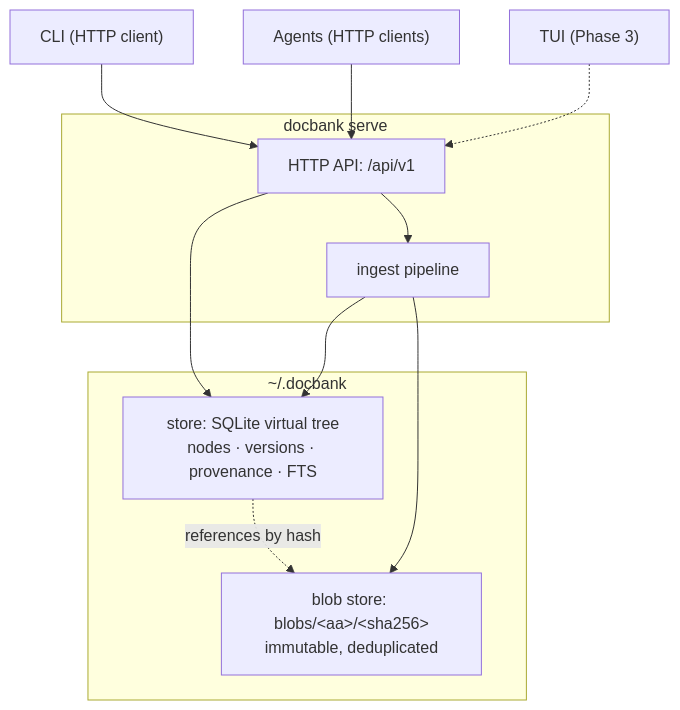
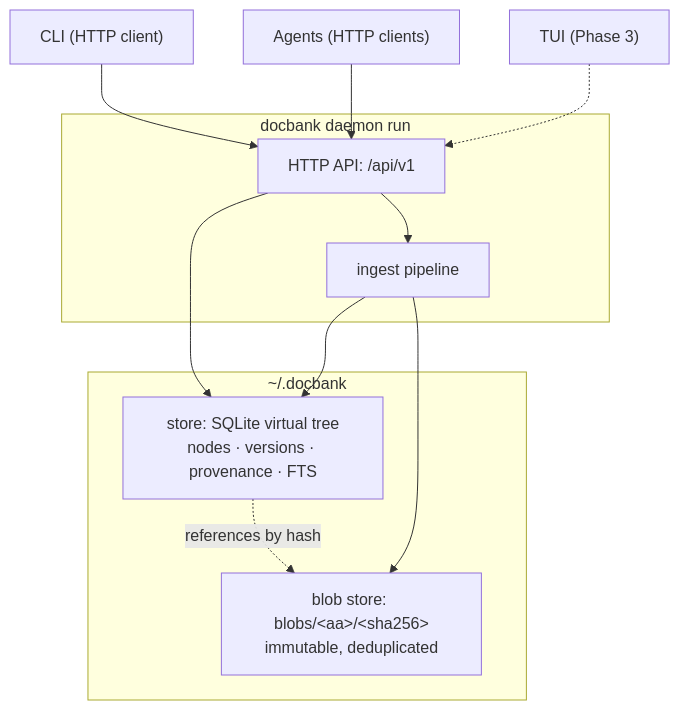
One commit to kenn-io/docbank changed the diagram in docs/architecture/overview.md. Above: the diagram before and after it, drawn with Mermaid. The commit also changed other lines of this file and 20 other files, not shown here.

First line of the commit message:
Reshape daemon CLI from serve-rooted to daemon subcommand pattern

````diff
--- a/docs/architecture/overview.md
+++ b/docs/architecture/overview.md
@@ -15,22 +15,22 @@
 ```mermaid
 flowchart TD
     CLI["CLI (HTTP client)"]
     AGENTS["Agents (HTTP clients)"]
     TUI["TUI (Phase 3)"]
-    subgraph daemon ["docbank serve"]
+    subgraph daemon ["docbank daemon run"]
         API["HTTP API: /api/v1"]
         INGEST["ingest pipeline"]
     end
     subgraph vault ["~/.docbank"]
         STORE["store: SQLite virtual tree<br/>nodes · versions · provenance · FTS"]
         BLOBS["blob store: blobs/&lt;aa&gt;/&lt;sha256&gt;<br/>immutable, deduplicated"]
     end
     CLI --> API
     AGENTS --> API
     TUI -.-> API
     API --> STORE
     API --> INGEST
     INGEST --> STORE
     INGEST --> BLOBS
     STORE -. "references by hash" .-> BLOBS
 ```
````
